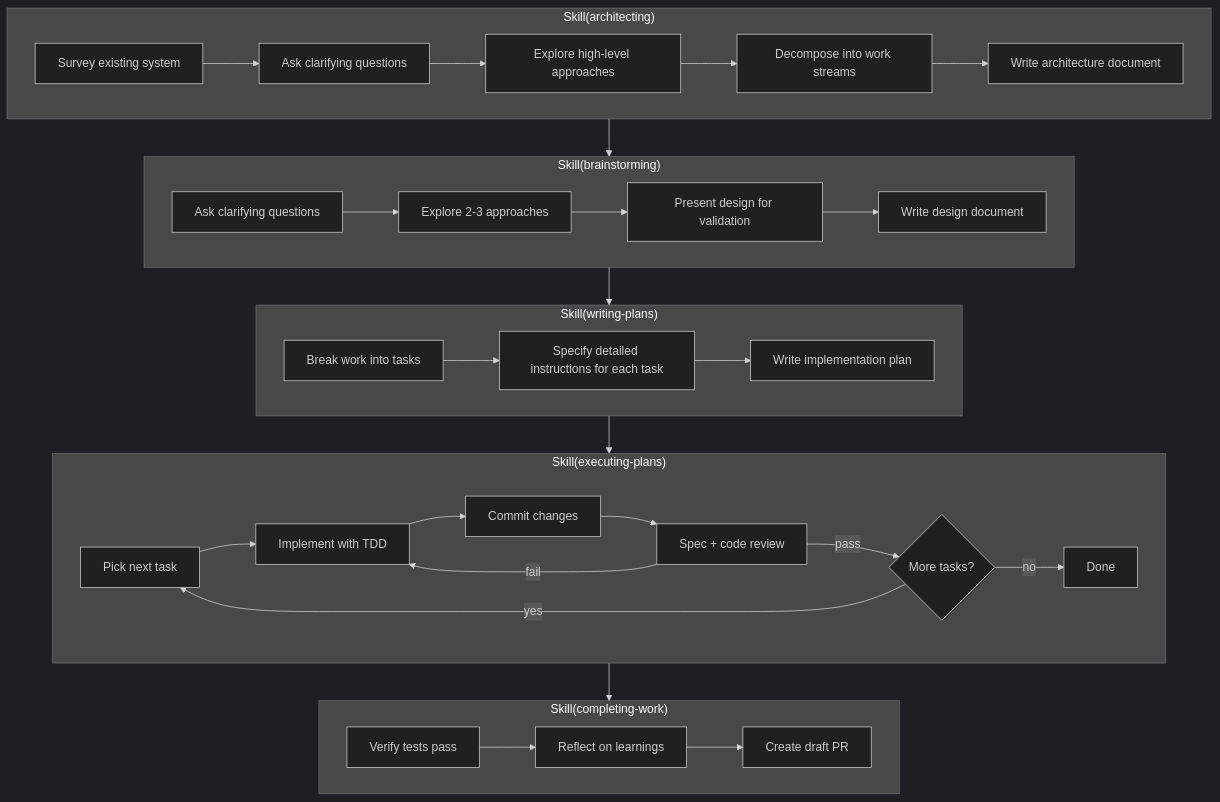
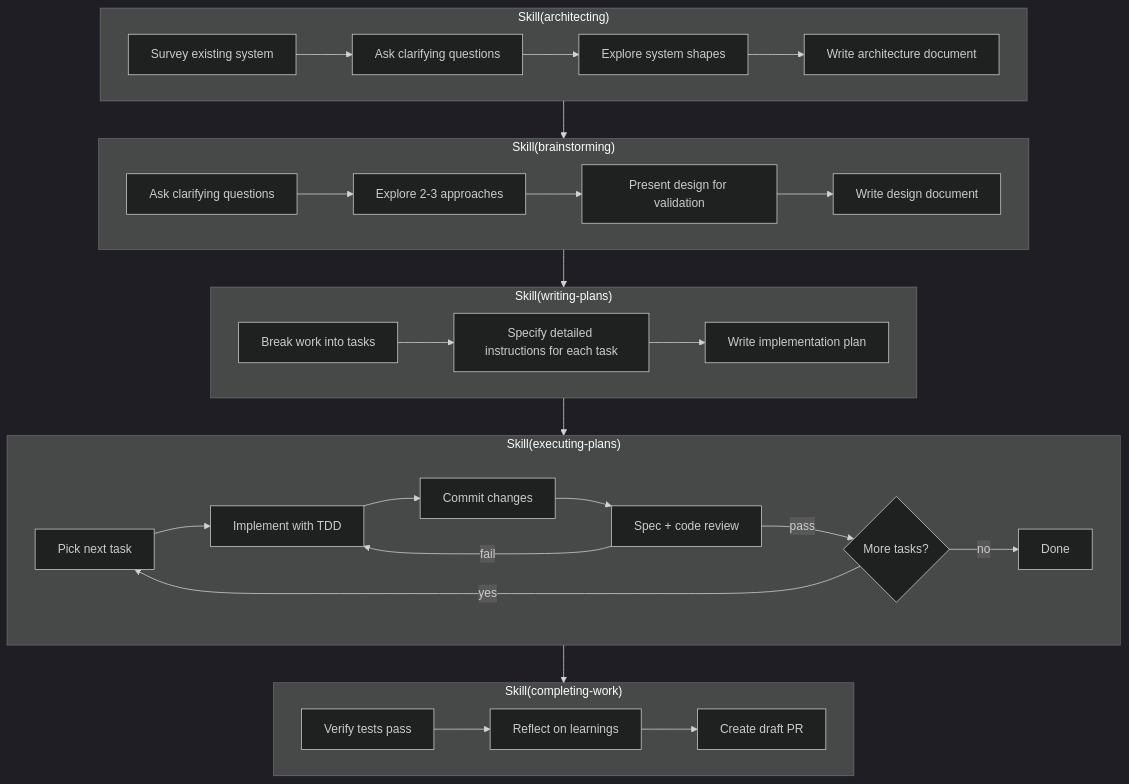
Before and after one commit to averycrespi/claudefiles: the diagram in README.md, drawn with Mermaid (dark theme).

Commit message:
docs: update architecting diagram to match descriptive redesign

````diff
--- a/README.md
+++ b/README.md
@@ -37,37 +37,36 @@
 ```mermaid
 flowchart TD
     subgraph Architecting["Skill(architecting)"]
         A1[Survey existing system] --> A2[Ask clarifying questions]
-        A2 --> A3[Explore high-level approaches]
-        A3 --> A4[Decompose into work streams]
-        A4 --> A5[Write architecture document]
+        A2 --> A3[Explore system shapes]
+        A3 --> A4[Write architecture document]
     end
 
     subgraph Brainstorming["Skill(brainstorming)"]
         B1[Ask clarifying questions] --> B2[Explore 2-3 approaches]
         B2 --> B3[Present design for validation]
         B3 --> B4[Write design document]
     end
 
     subgraph Planning["Skill(writing-plans)"]
         P1[Break work into tasks] --> P2[Specify detailed instructions for each task]
         P2 --> P3[Write implementation plan]
     end
 
     subgraph Executing["Skill(executing-plans)"]
         E1[Pick next task] --> E2[Implement with TDD]
         E2 --> E3[Commit changes]
         E3 --> E4[Spec + code review]
         E4 -->|fail| E2
         E4 -->|pass| E5{More tasks?}
         E5 -->|yes| E1
         E5 -->|no| E6[Done]
     end
 
     subgraph Completing["Skill(completing-work)"]
         C1[Verify tests pass] --> C2[Reflect on learnings]
         C2 --> C3[Create draft PR]
     end
 
     Architecting --> Brainstorming --> Planning --> Executing --> Completing
 ```
````
